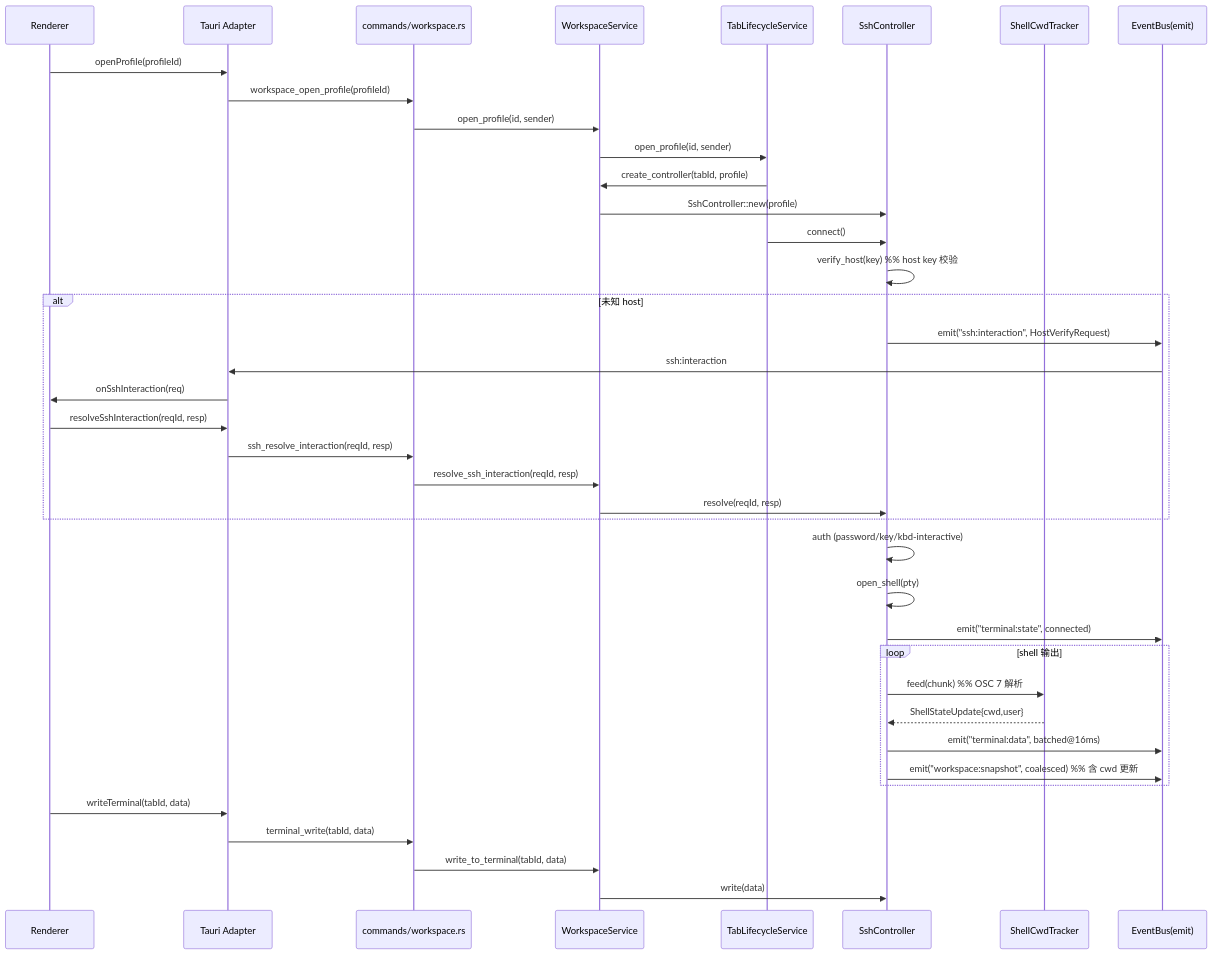
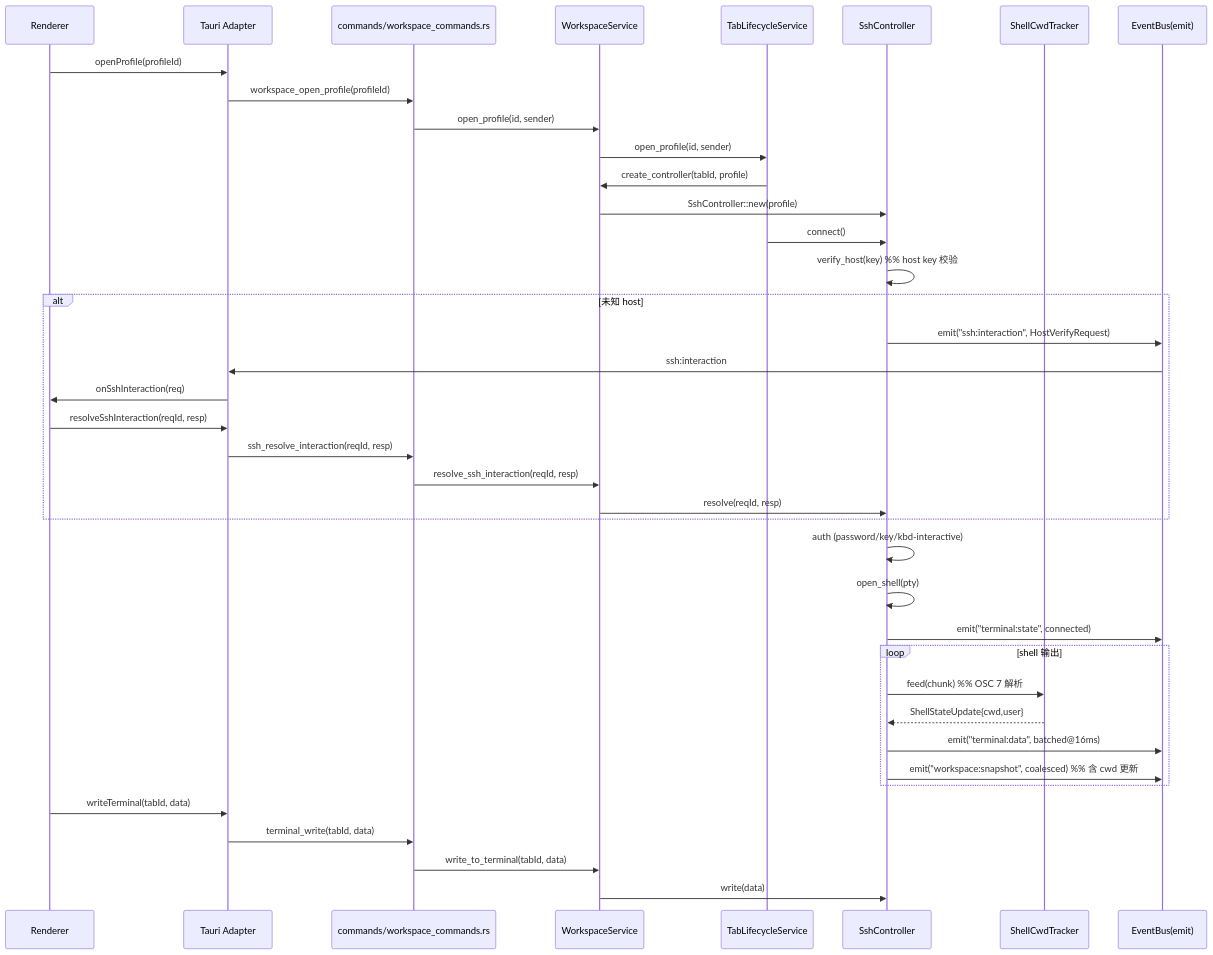
One commit to St0ff3l/fileterm changed the fifth of 7 diagrams in docs/plans/completed/rust-backend-migration-plan.md. Above: the diagram before and after it, drawn with Mermaid. The commit also changed other lines of this file and 72 other files, not shown here.

````diff
--- a/docs/plans/completed/rust-backend-migration-plan.md
+++ b/docs/plans/completed/rust-backend-migration-plan.md
@@ -696,42 +659,42 @@
 ```mermaid
 sequenceDiagram
   participant R as Renderer
   participant TA as Tauri Adapter
-  participant CMD as commands/workspace.rs
+  participant CMD as commands/workspace_commands.rs
   participant WS as WorkspaceService
   participant LC as TabLifecycleService
   participant SSH as SshController
   participant SH as ShellCwdTracker
   participant EB as EventBus(emit)
 
   R->>TA: openProfile(profileId)
   TA->>CMD: workspace_open_profile(profileId)
   CMD->>WS: open_profile(id, sender)
   WS->>LC: open_profile(id, sender)
   LC->>WS: create_controller(tabId, profile)
   WS->>SSH: SshController::new(profile)
   LC->>SSH: connect()
   SSH->>SSH: verify_host(key)  %% host key 校验
   alt 未知 host
     SSH->>EB: emit("ssh:interaction", HostVerifyRequest)
     EB->>TA: ssh:interaction
     TA->>R: onSshInteraction(req)
     R->>TA: resolveSshInteraction(reqId, resp)
     TA->>CMD: ssh_resolve_interaction(reqId, resp)
     CMD->>WS: resolve_ssh_interaction(reqId, resp)
     WS->>SSH: resolve(reqId, resp)
   end
   SSH->>SSH: auth (password/key/kbd-interactive)
   SSH->>SSH: open_shell(pty)
   SSH->>EB: emit("terminal:state", connected)
   loop shell 输出
     SSH->>SH: feed(chunk)  %% OSC 7 解析
     SH-->>SSH: ShellStateUpdate{cwd,user}
     SSH->>EB: emit("terminal:data", batched@16ms)
     SSH->>EB: emit("workspace:snapshot", coalesced)  %% 含 cwd 更新
   end
   R->>TA: writeTerminal(tabId, data)
   TA->>CMD: terminal_write(tabId, data)
   CMD->>WS: write_to_terminal(tabId, data)
   WS->>SSH: write(data)
 ```
````
